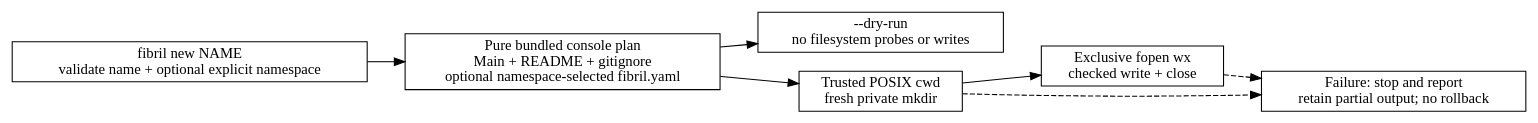
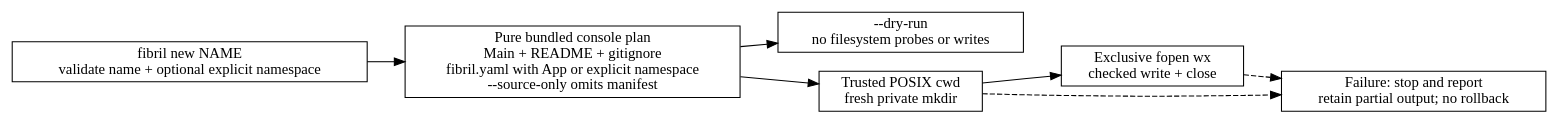
Before and after one commit to odunboye/fibril: the diagram in docs/diagrams/project-creation.dot, drawn with Graphviz. The commit also changed 11 other files, not shown here.

```diff
--- a/docs/diagrams/project-creation.dot
+++ b/docs/diagrams/project-creation.dot
@@ -1,15 +1,15 @@
 digraph ProjectCreation {
   rankdir=LR;
   node [shape=box];
   cli [label="fibril new NAME\nvalidate name + optional explicit namespace"];
-  plan [label="Pure bundled console plan\nMain + README + gitignore\noptional namespace-selected fibril.yaml"];
+  plan [label="Pure bundled console plan\nMain + README + gitignore\nfibril.yaml with App or explicit namespace\n--source-only omits manifest"];
   preview [label="--dry-run\nno filesystem probes or writes"];
   admit [label="Trusted POSIX cwd\nfresh private mkdir"];
   files [label="Exclusive fopen wx\nchecked write + close"];
   error [label="Failure: stop and report\nretain partial output; no rollback"];
   cli -> plan;
   plan -> preview;
   plan -> admit -> files;
   admit -> error [style=dashed];
   files -> error [style=dashed];
 }
```
